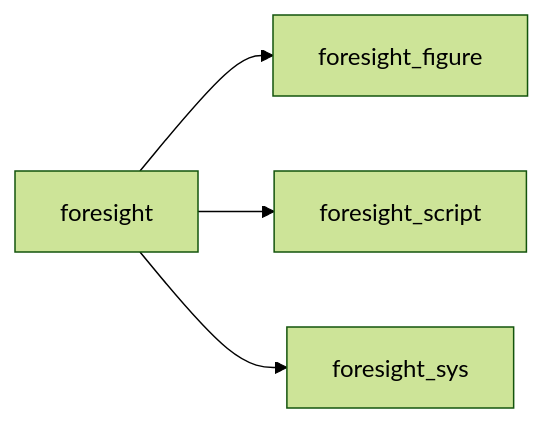
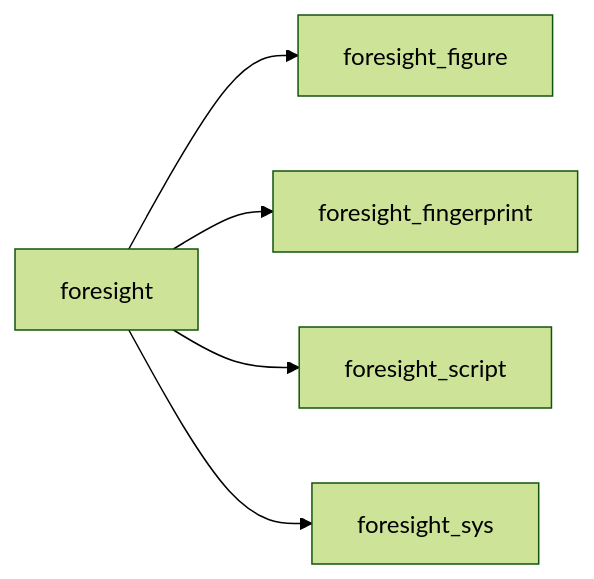
Before and after one commit to szaghi/foresight: the diagram in docs/api/src/lib/foresight.md, drawn with Mermaid (forest theme). The commit also changed 42 other files, not shown here.

````diff
--- a/docs/api/src/lib/foresight.md
+++ b/docs/api/src/lib/foresight.md
@@ -15,6 +15,7 @@
 ```mermaid
 graph LR
   foresight["foresight"] --> foresight_figure["foresight_figure"]
+  foresight["foresight"] --> foresight_fingerprint["foresight_fingerprint"]
   foresight["foresight"] --> foresight_script["foresight_script"]
   foresight["foresight"] --> foresight_sys["foresight_sys"]
 ```
````
